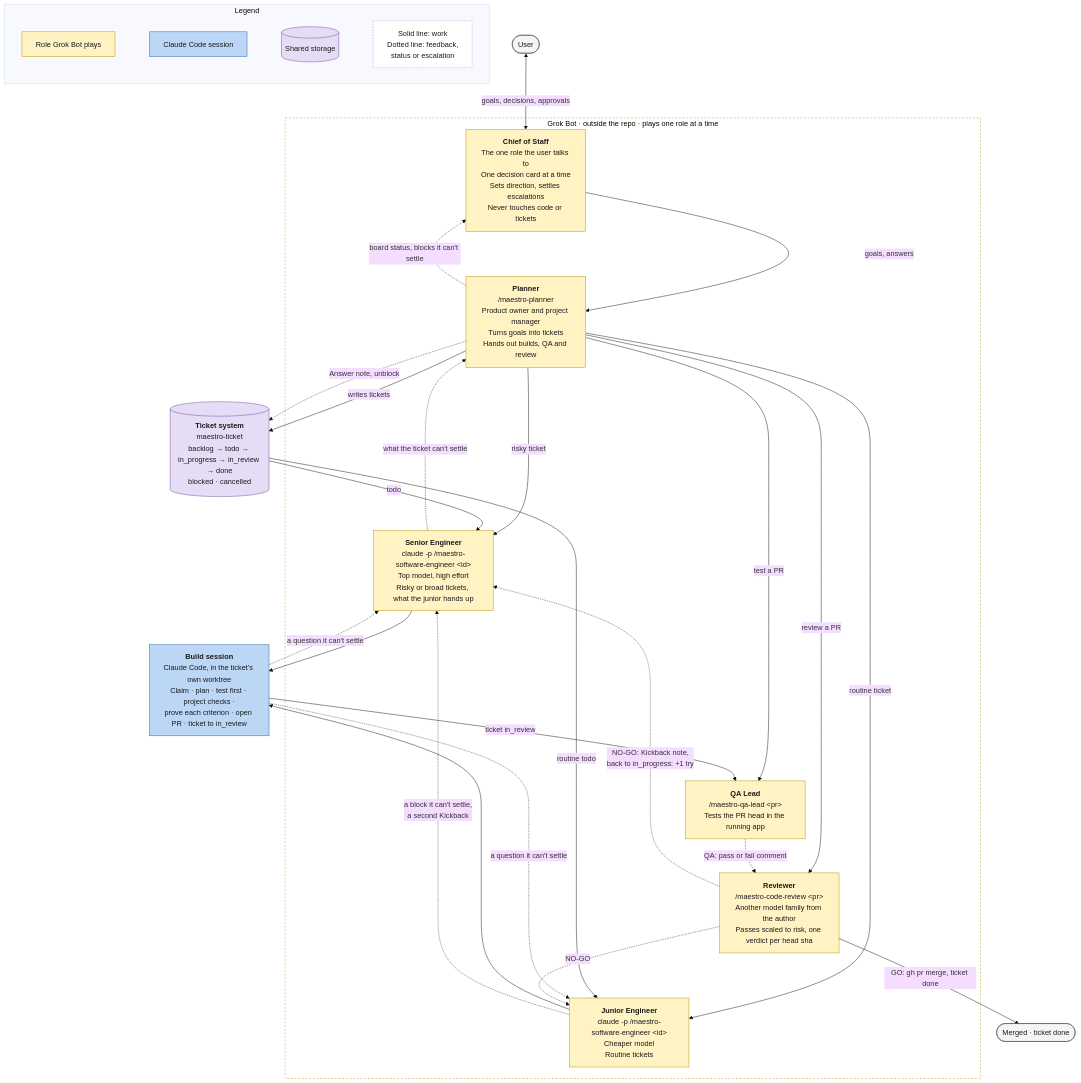
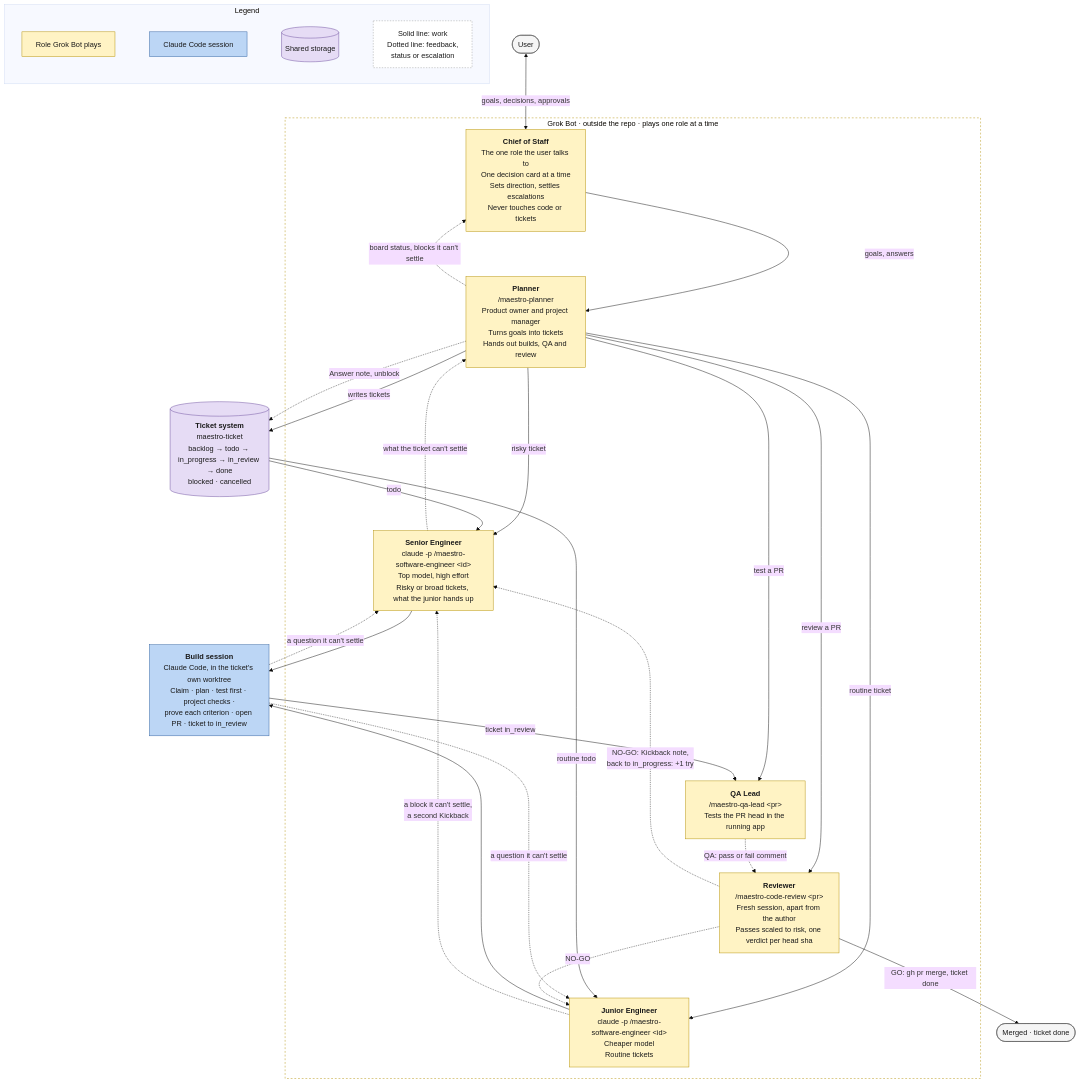
The diagram in docs/team.mermaid (ProlesDei/maestro), drawn with Mermaid (base theme) before and after one commit. The commit also changed 9 other files, not shown here.

First line of the commit message:
Reviewer runs in a fresh session; any model will do

```diff
--- a/docs/team.mermaid
+++ b/docs/team.mermaid
@@ -1,71 +1,71 @@
 flowchart TD
     User([User])
 
     subgraph Grok ["Grok Bot · outside the repo · plays one role at a time"]
         CoS["<b>Chief of Staff</b><br/>The one role the user talks to<br/>One decision card at a time<br/>Sets direction, settles escalations<br/>Never touches code or tickets"]
         Planner["<b>Planner</b><br/>/maestro-planner<br/>Product owner and project manager<br/>Turns goals into tickets<br/>Hands out builds, QA and review"]
         Sr["<b>Senior Engineer</b><br/>claude -p /maestro-software-engineer &lt;id&gt;<br/>Top model, high effort<br/>Risky or broad tickets, what the junior hands up"]
         Jr["<b>Junior Engineer</b><br/>claude -p /maestro-software-engineer &lt;id&gt;<br/>Cheaper model<br/>Routine tickets"]
         QA["<b>QA Lead</b><br/>/maestro-qa-lead &lt;pr&gt;<br/>Tests the PR head in the running app"]
-        Rev["<b>Reviewer</b><br/>/maestro-code-review &lt;pr&gt;<br/>Another model family from the author<br/>Passes scaled to risk, one verdict per head sha"]
+        Rev["<b>Reviewer</b><br/>/maestro-code-review &lt;pr&gt;<br/>Fresh session, apart from the author<br/>Passes scaled to risk, one verdict per head sha"]
     end
 
     Tickets[("<b>Ticket system</b><br/>maestro-ticket<br/>backlog → todo → in_progress → in_review → done<br/>blocked · cancelled")]
 
     Build["<b>Build session</b><br/>Claude Code, in the ticket's own worktree<br/>Claim · plan · test first · project checks ·<br/>prove each criterion · open PR · ticket to in_review"]
 
     Done([Merged · ticket done])
 
     %% User and Chief of Staff
     User <-->|"goals, decisions, approvals"| CoS
 
     %% The Chief of Staff leads through the Planner
     CoS -->|"goals, answers"| Planner
     Planner -.->|"board status, blocks it can't settle"| CoS
 
     %% The Planner hands out each job
     Planner -->|"risky ticket"| Sr
     Planner -->|"routine ticket"| Jr
     Planner -->|"test a PR"| QA
     Planner -->|"review a PR"| Rev
 
     %% Planning
     Planner -->|"writes tickets"| Tickets
     Tickets -->|"todo"| Sr
     Tickets -->|"routine todo"| Jr
 
     %% Build
     Sr --> Build
     Jr --> Build
     Build -.->|"a question it can't settle"| Sr
     Build -.->|"a question it can't settle"| Jr
     Jr -.->|"a block it can't settle,<br/>a second Kickback"| Sr
     Sr -.->|"what the ticket can't settle"| Planner
     Planner -.->|"Answer note, unblock"| Tickets
 
     %% Test and review
     Build -->|"ticket in_review"| QA
     QA -.->|"QA: pass or fail comment"| Rev
     Rev -->|"GO: gh pr merge, ticket done"| Done
     Rev -.->|"NO-GO: Kickback note,<br/>back to in_progress: +1 try"| Sr
     Rev -.->|"NO-GO"| Jr
 
     %% Legend
     subgraph Legend ["Legend"]
         direction LR
         L6["Role Grok Bot plays"] ~~~ L1["Claude Code session"] ~~~ L4[("Shared storage")] ~~~ L5["Solid line: work<br/>Dotted line: feedback,<br/>status or escalation"]
     end
 
     %% Styles
     classDef session fill:#bcd6f5,stroke:#2f5f9e,color:#1a1a1a
     classDef storage fill:#e6dcf5,stroke:#6a4c9c,color:#1a1a1a
     classDef person fill:#f5f5f5,stroke:#555,color:#1a1a1a
     classDef bot fill:#fff3c4,stroke:#b38f00,color:#1a1a1a
     classDef note fill:#ffffff,stroke:#999,color:#1a1a1a,stroke-dasharray:3 3
 
     class Build,L1 session
     class Tickets,L4 storage
     class User,Done person
     class CoS,Planner,Sr,Jr,QA,Rev,L6 bot
     class L5 note
     style Grok fill:none,stroke:#b38f00,stroke-dasharray:4 4
```
